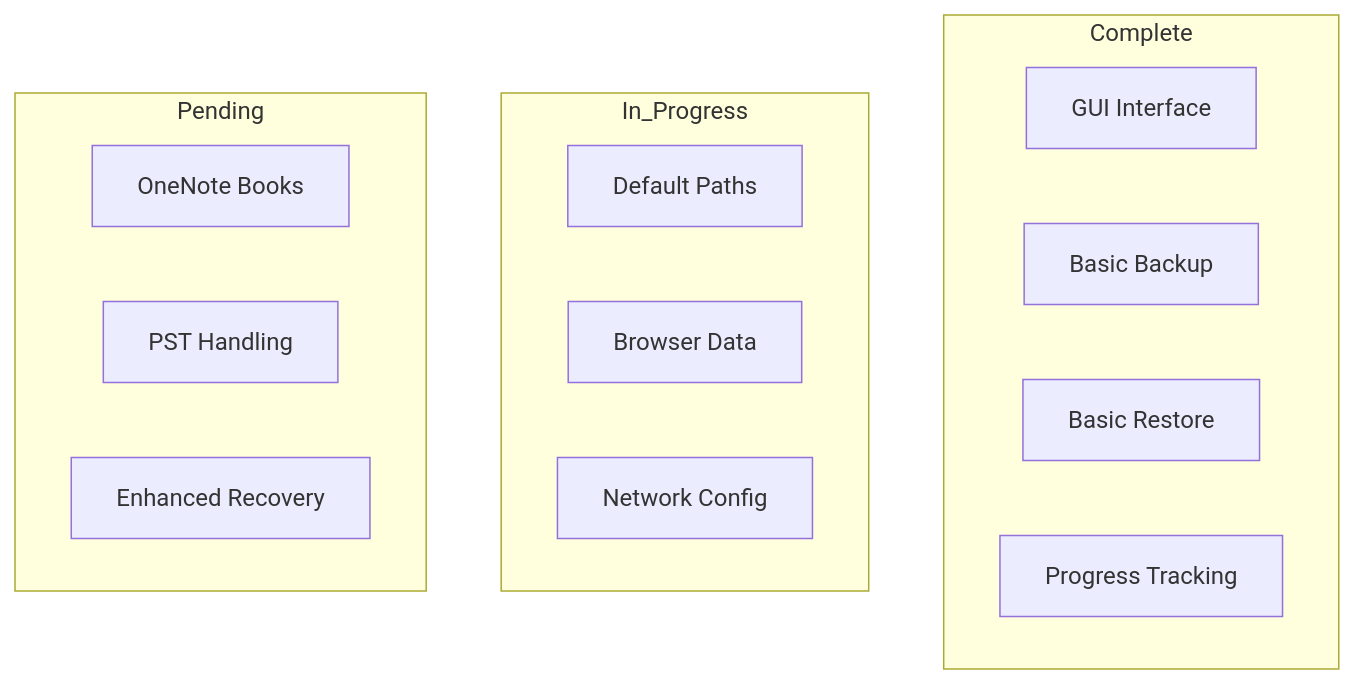
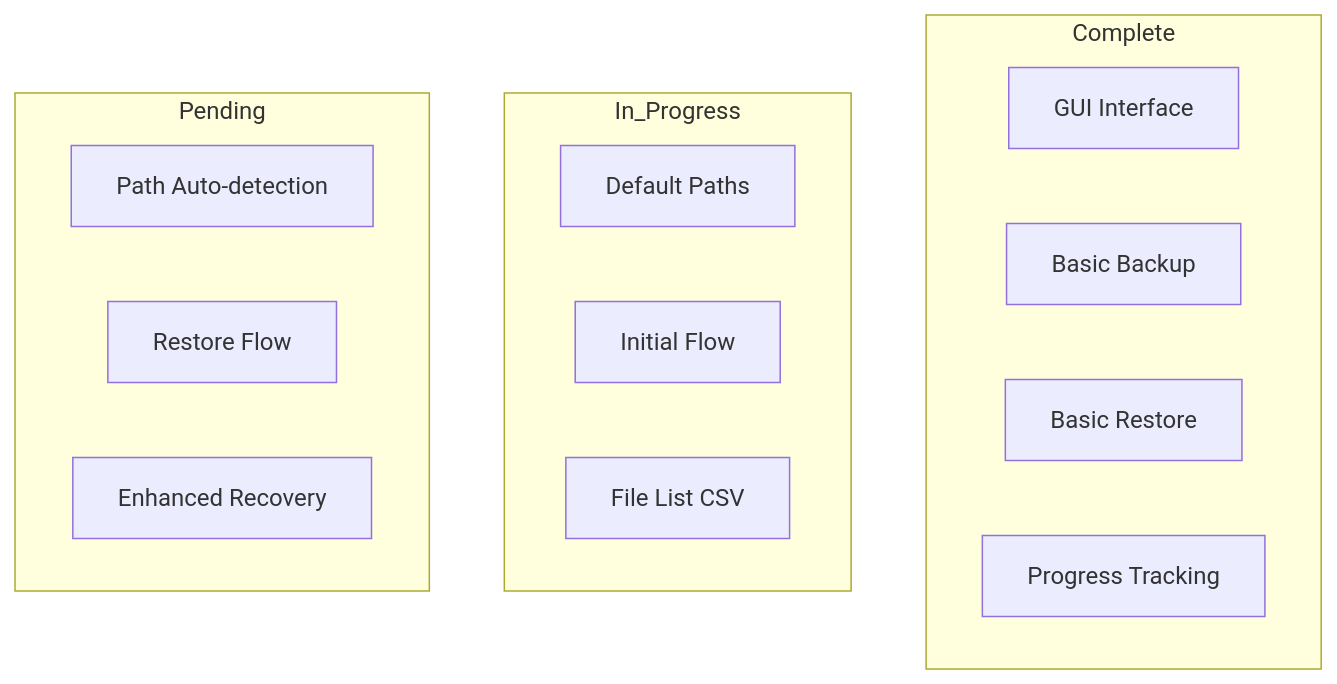
One commit to amcodin/Powershell_EQL changed the first of 3 diagrams in memory-bank/progress.md. Above: the diagram before and after it, drawn with Mermaid. The commit also changed other lines of this file and 2 other files, not shown here.

````diff
--- a/memory-bank/progress.md
+++ b/memory-bank/progress.md
@@ -6,21 +6,21 @@
 ```mermaid
 graph TD
     subgraph Complete
         A[GUI Interface]
         B[Basic Backup]
         C[Basic Restore]
         D[Progress Tracking]
     end
     
     subgraph In_Progress
         E[Default Paths]
-        F[Browser Data]
-        G[Network Config]
+        F[Initial Flow]
+        G[File List CSV]
     end
     
     subgraph Pending
-        H[OneNote Books]
-        I[PST Handling]
+        H[Path Auto-detection]
+        I[Restore Flow]
         J[Enhanced Recovery]
     end
 ```
````
